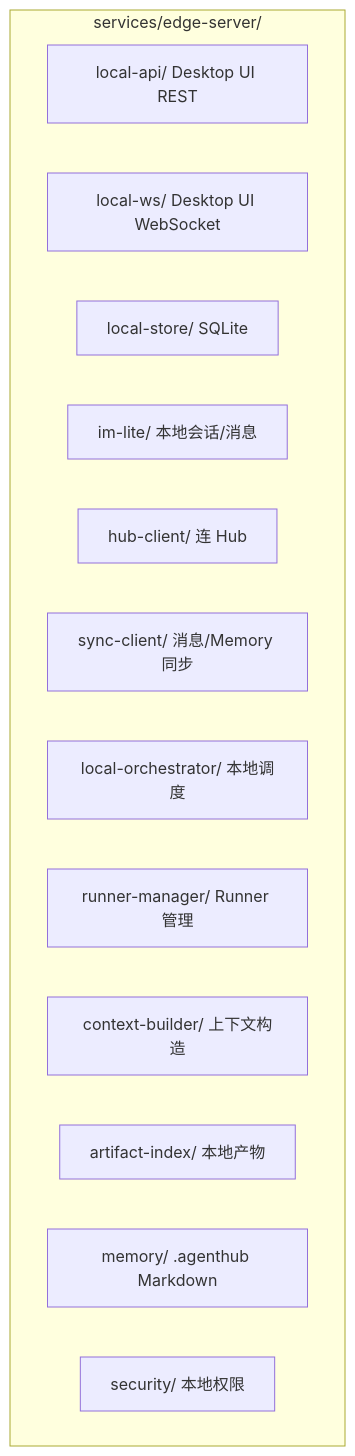
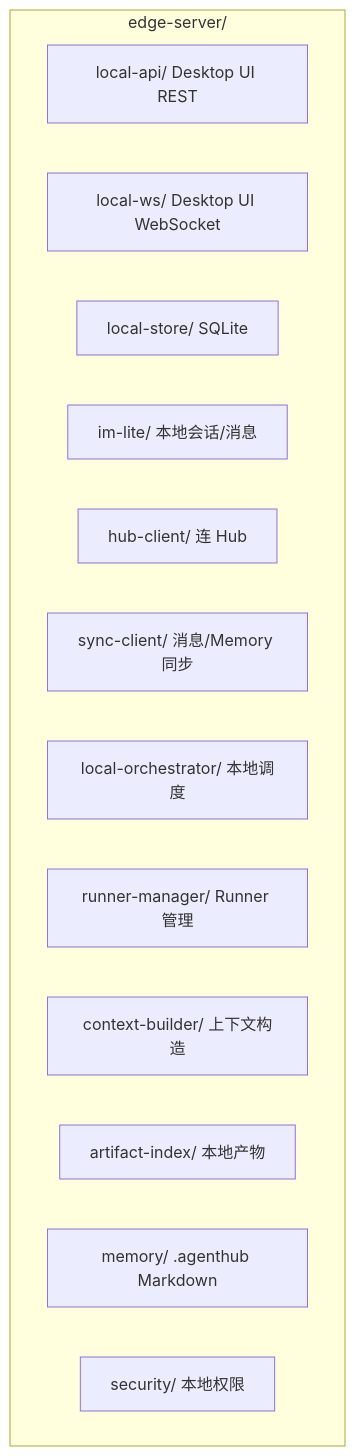
The third of 10 diagrams in docs/architecture.md (TokenDanceLab/AgentHub), drawn with Mermaid before and after one commit. The commit also changed other lines of this file and 112 other files, not shown here.

````diff
--- a/docs/architecture.md
+++ b/docs/architecture.md
@@ -61,17 +61,17 @@
 ```mermaid
 graph TB
-    subgraph Edge["services/edge-server/"]
+    subgraph Edge["edge-server/"]
         API["local-api/ Desktop UI REST"]
         WS["local-ws/ Desktop UI WebSocket"]
         Store["local-store/ SQLite"]
         IM["im-lite/ 本地会话/消息"]
         HC["hub-client/ 连 Hub"]
         SC["sync-client/ 消息/Memory 同步"]
         Orch["local-orchestrator/ 本地调度"]
         RM["runner-manager/ Runner 管理"]
         CB["context-builder/ 上下文构造"]
         AI["artifact-index/ 本地产物"]
         Mem["memory/ .agenthub Markdown"]
         Sec["security/ 本地权限"]
     end
 ```
````
